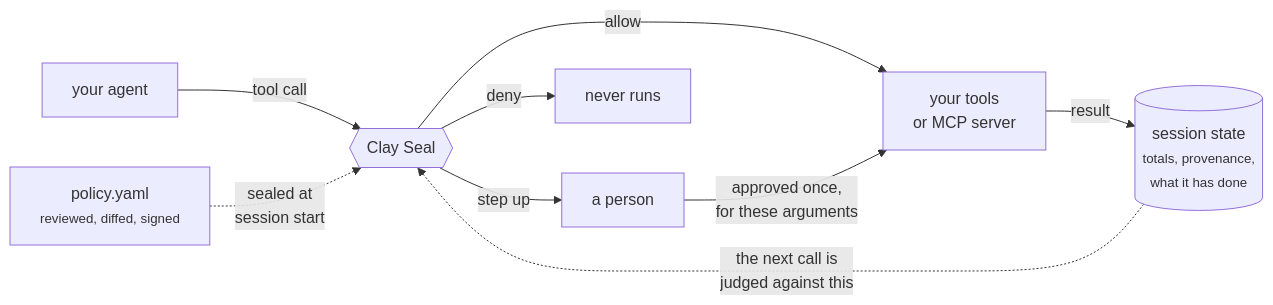
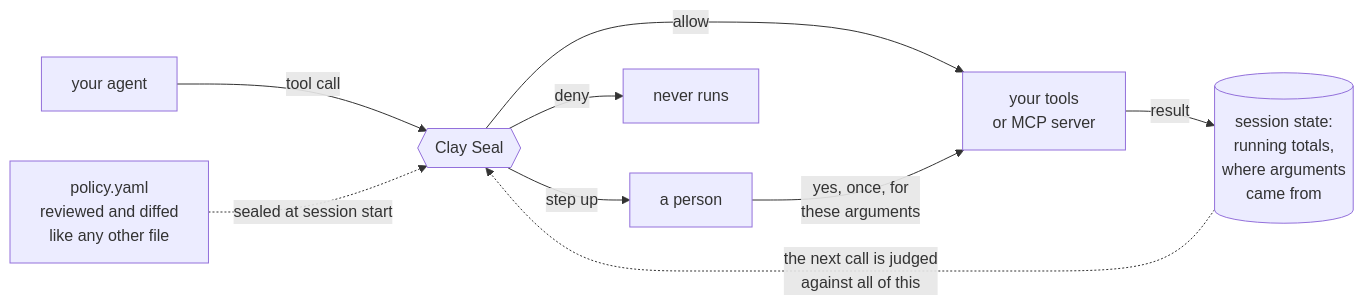
One commit to clayseal/clayseal-capabilities changed the diagram in README.md. Above: the diagram before and after it, drawn with Mermaid. The commit also changed other lines of this file and 6 other files, not shown here.

````diff
--- a/README.md
+++ b/README.md
@@ -182,11 +182,19 @@
 ```mermaid
 flowchart LR
-    A["your agent"] -->|tool call| G{{"Clay Seal"}}
-    P["policy.yaml<br/><small>reviewed, diffed, signed</small>"] -.->|"sealed at<br/>session start"| G
-    G -->|allow| T["your tools<br/>or MCP server"]
-    G -->|"step up"| H["a person"]
-    G -->|deny| X["never runs"]
-    H -->|approved once,<br/>for these arguments| T
-    T -->|result| S[("session state<br/><small>totals, provenance,<br/>what it has done</small>")]
-    S -.->|"the next call is<br/>judged against this"| G
+    P["policy.yaml<br/>reviewed and diffed<br/>like any other file"]
+    A["your agent"]
+    G{{"Clay Seal"}}
+    T["your tools<br/>or MCP server"]
+    H["a person"]
+    X["never runs"]
+    S[("session state:<br/>running totals,<br/>where arguments<br/>came from")]
+
+    A -- "tool call" --> G
+    P -. "sealed at session start" .-> G
+    G -- "allow" --> T
+    G -- "step up" --> H
+    G -- "deny" --> X
+    H -- "yes, once, for<br/>these arguments" --> T
+    T -- "result" --> S
+    S -. "the next call is judged<br/>against all of this" .-> G
 ```
````
